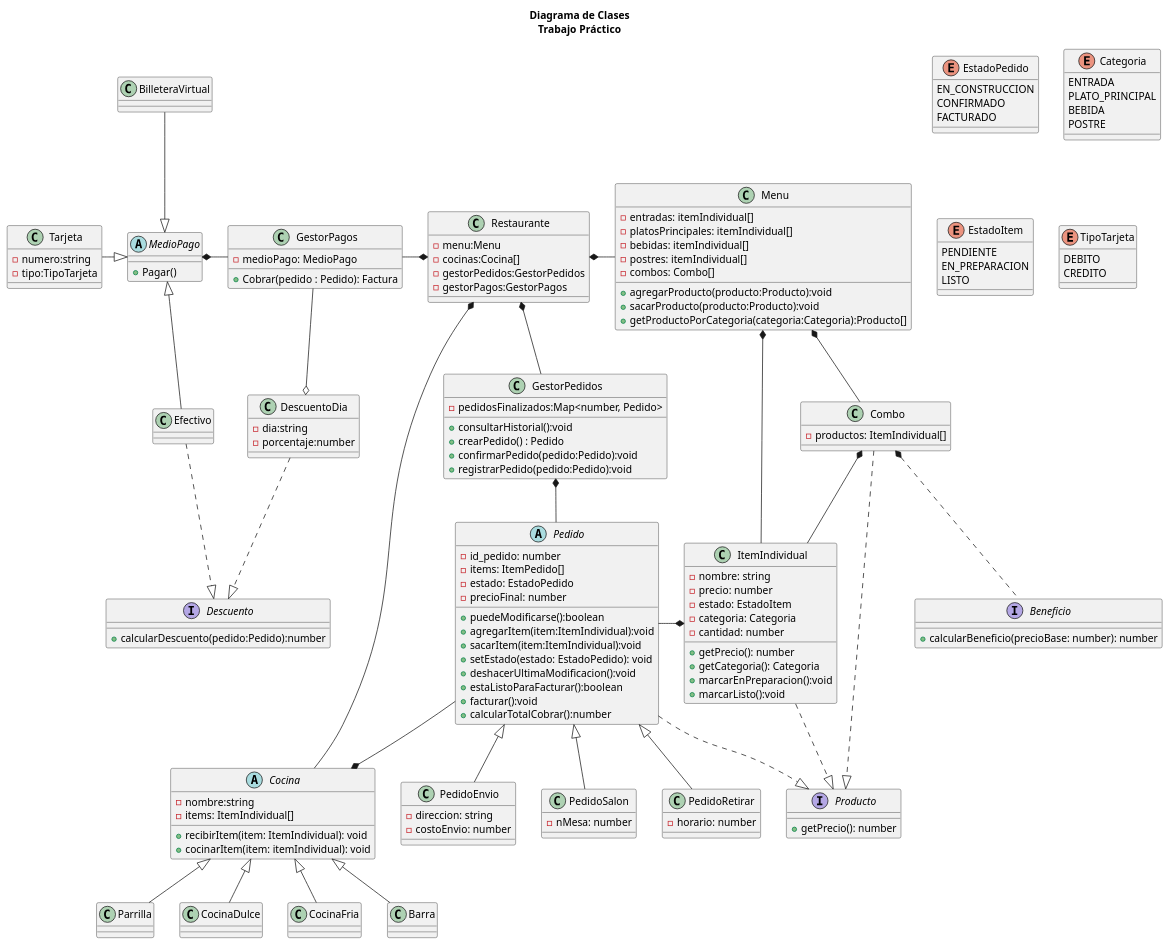
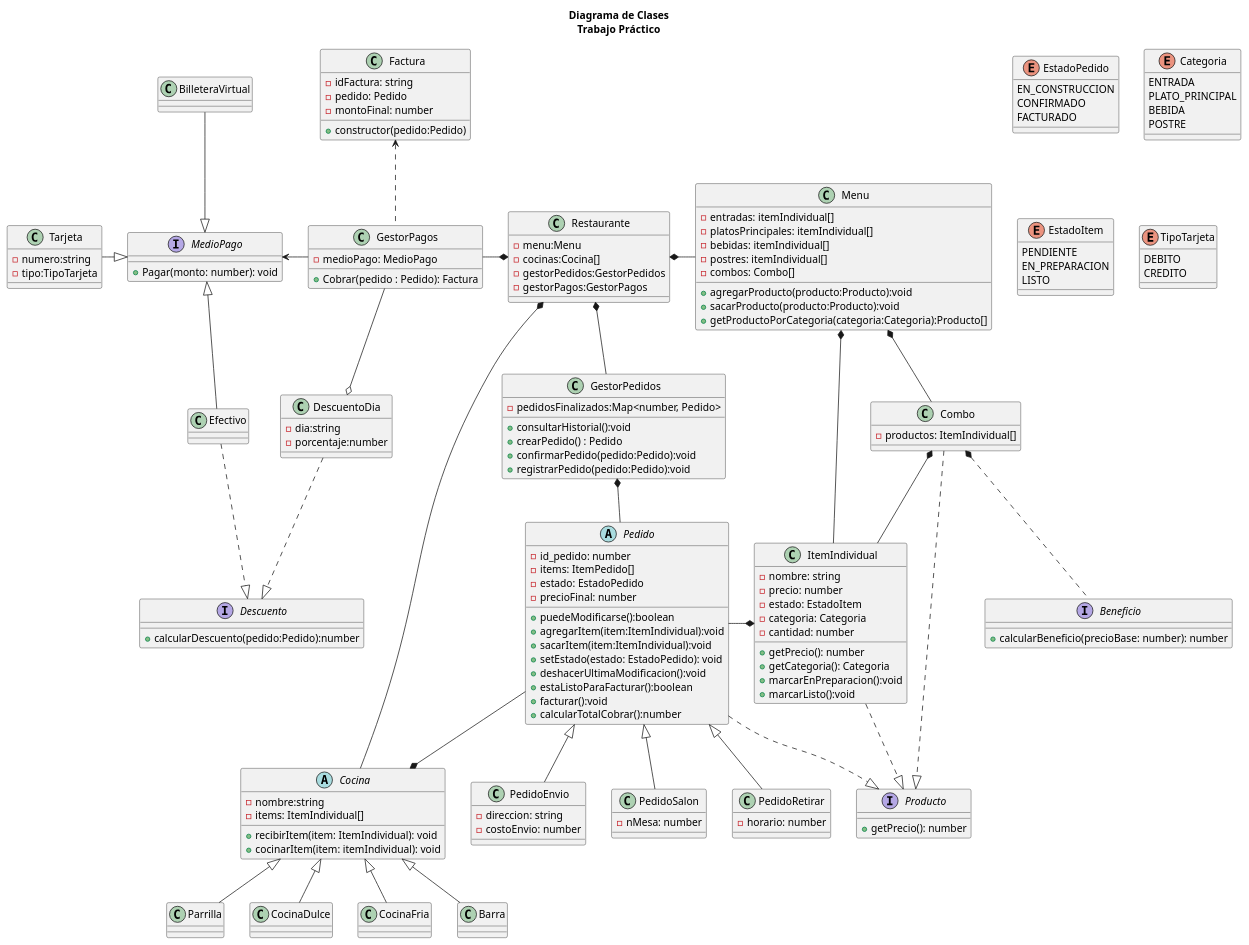
The diagram in diagrama/diagrama.puml (crstian8819/tp-grupo-11), drawn with PlantUML before and after one commit.

Commit message:
Correccion de detalles en diagrama de clases. abstract MedioPago a interface. Relacion de Composición GestorPagos con MedioPago cambiado por Relacion de Asociación. Se agregó clase Factura.

```diff
--- a/diagrama/diagrama.puml
+++ b/diagrama/diagrama.puml
@@ -129,11 +129,19 @@
         +Cobrar(pedido : Pedido): Factura
     }
 
+    class Factura {
+        -idFactura: string
+        -pedido: Pedido
+        -montoFinal: number
+
+        +constructor(pedido:Pedido)
+    }
+
     '------------------- MedioPago ------------------------
 
-    abstract class MedioPago{
+    interface MedioPago{
         
-        +Pagar()
+        +Pagar(monto: number): void
     }
 
     class Efectivo {}
@@ -203,8 +211,9 @@
 
 'GESTOR DE PAGOS
 
-    GestorPagos -l-* MedioPago
+    GestorPagos -l-> MedioPago
     GestorPagos --o DescuentoDia
+    GestorPagos .u.> Factura
 
 'MEDIOS DE PAGO
 
```
